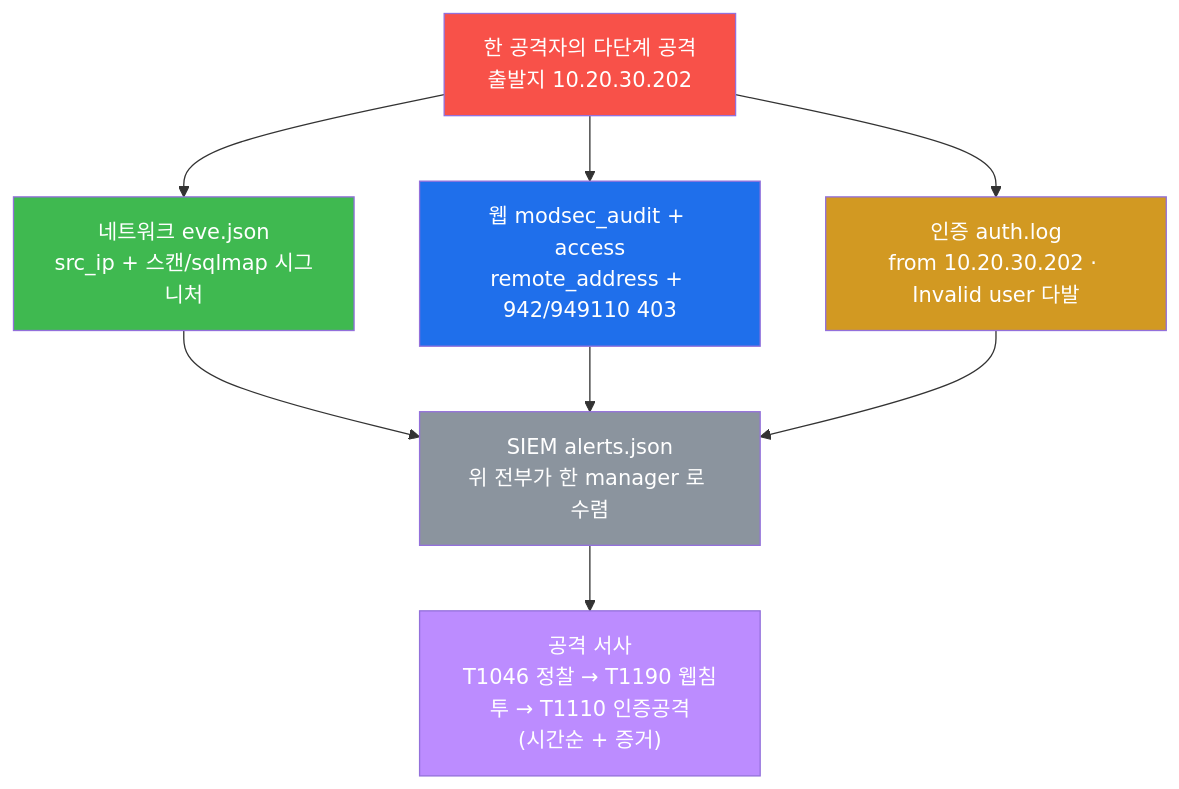
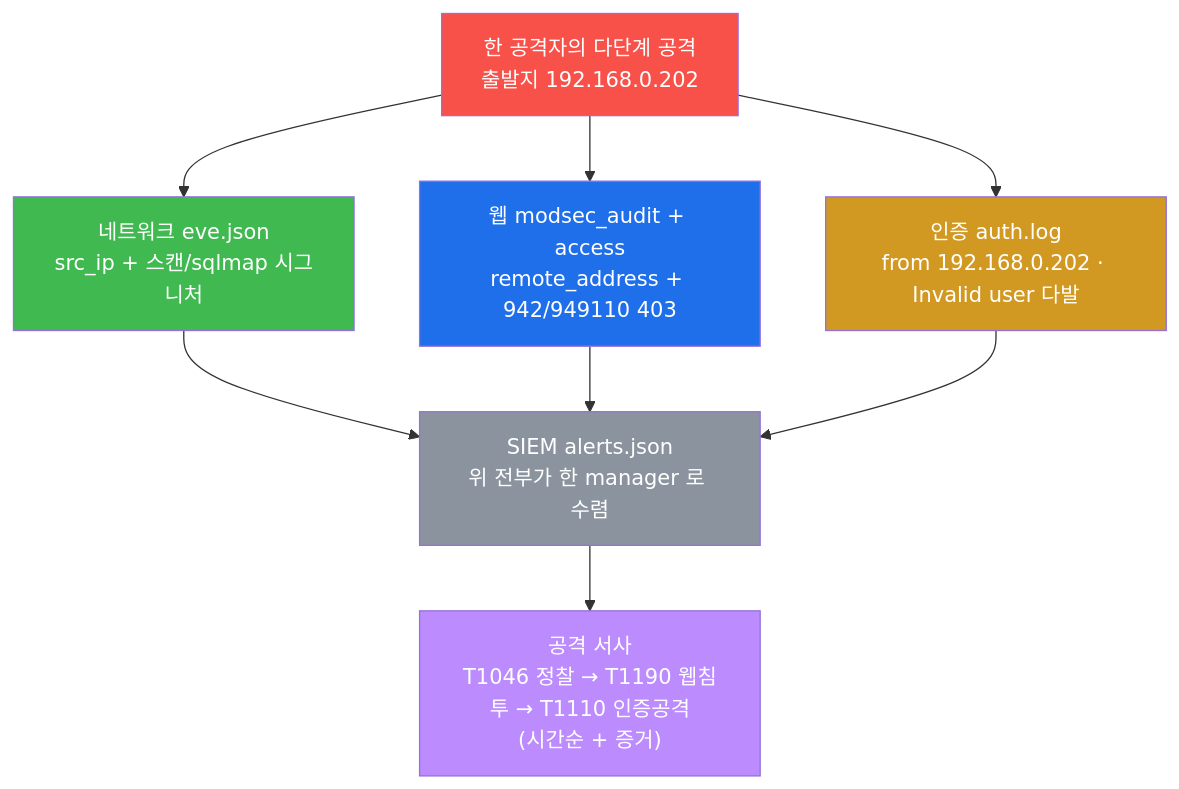
The sixth of 8 diagrams in contents/training/soc/lecture_week08.md (mrgrit/tw2), drawn with Mermaid before and after one commit. The commit also changed other lines of this file and 304 other files, not shown here.

````diff
--- a/contents/training/soc/lecture_week08.md
+++ b/contents/training/soc/lecture_week08.md
@@ -434,22 +434,22 @@
 ```mermaid
 graph TD
-    EVENT["한 공격자의 다단계 공격<br/>출발지 10.20.30.202"]
+    EVENT["한 공격자의 다단계 공격<br/>출발지 192.168.0.202"]
     NET["네트워크 eve.json<br/>src_ip + 스캔/sqlmap 시그니처"]
     WEB["웹 modsec_audit + access<br/>remote_address + 942/949110 403"]
-    AUTH["인증 auth.log<br/>from 10.20.30.202 · Invalid user 다발"]
+    AUTH["인증 auth.log<br/>from 192.168.0.202 · Invalid user 다발"]
     SIEM["SIEM alerts.json<br/>위 전부가 한 manager 로 수렴"]
     NARR["공격 서사<br/>T1046 정찰 → T1190 웹침투 → T1110 인증공격<br/>(시간순 + 증거)"]
     EVENT --> NET
     EVENT --> WEB
     EVENT --> AUTH
     NET --> SIEM
     WEB --> SIEM
     AUTH --> SIEM
     SIEM --> NARR
     style EVENT fill:#f85149,color:#fff
     style NET fill:#3fb950,color:#fff
     style WEB fill:#1f6feb,color:#fff
     style AUTH fill:#d29922,color:#fff
     style SIEM fill:#8b949e,color:#fff
     style NARR fill:#bc8cff,color:#fff
 ```
````
